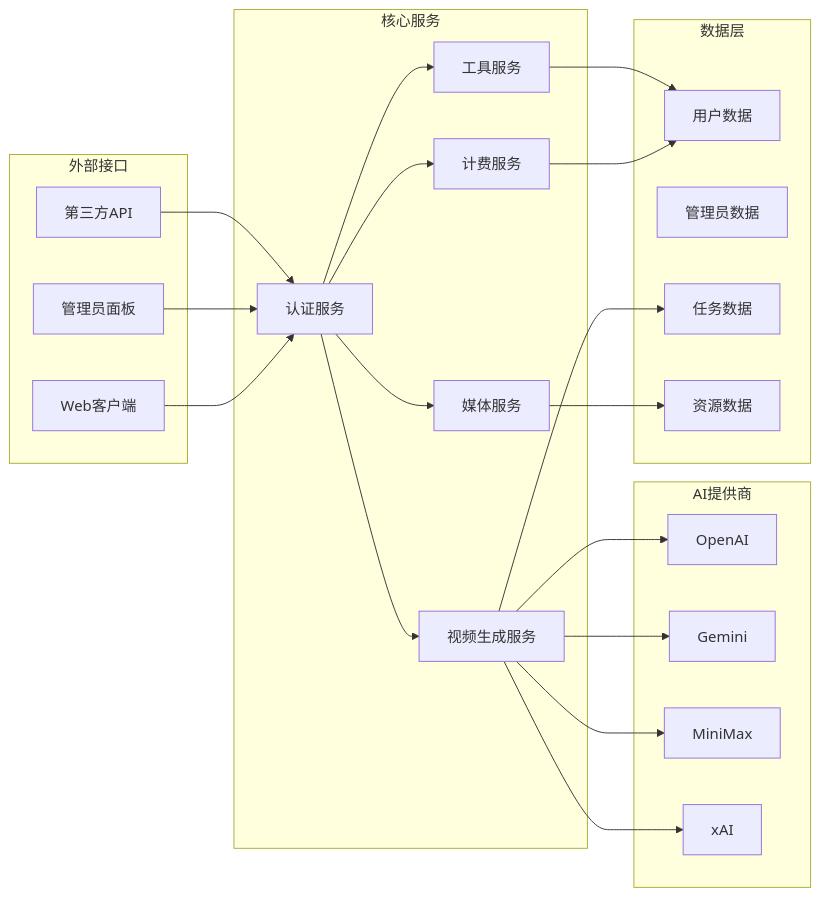
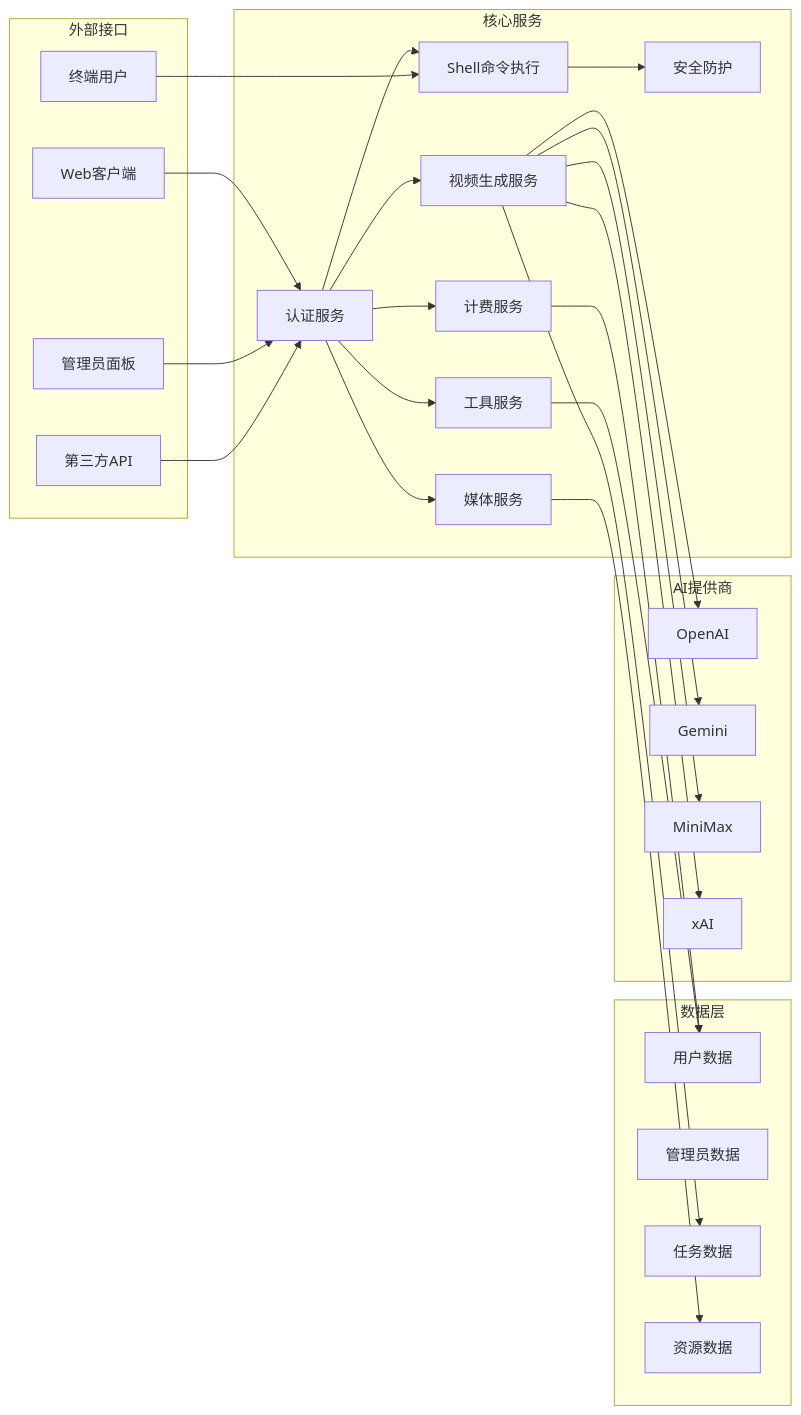
The fourth of 11 diagrams in .qoder/repowiki/zh/content/后端开发指南/基础工具服务.md (KunLabAI/KunFlix), drawn with Mermaid before and after one commit. The commit also changed other lines of this file and 43 other files, not shown here.

````diff
--- a/.qoder/repowiki/zh/content/后端开发指南/基础工具服务.md
+++ b/.qoder/repowiki/zh/content/后端开发指南/基础工具服务.md
@@ -169,42 +180,48 @@
 ```mermaid
 graph LR
 subgraph "外部接口"
 Web[Web客户端]
 Admin[管理员面板]
 API[第三方API]
+EndUser[终端用户]
 end
 subgraph "核心服务"
 Auth[认证服务]
 Billing[计费服务]
 Media[媒体服务]
 VideoGen[视频生成服务]
 Tools[工具服务]
+Shell[Shell命令执行]
+Security[安全防护]
 end
 subgraph "数据层"
 Users[用户数据]
 Admins[管理员数据]
 Tasks[任务数据]
 Assets[资源数据]
 end
 subgraph "AI提供商"
 OpenAI[OpenAI]
 Gemini[Gemini]
 MiniMax[MiniMax]
 XAI[xAI]
 end
 Web --> Auth
 Admin --> Auth
 API --> Auth
 Auth --> Billing
 Auth --> Media
 Auth --> VideoGen
 Auth --> Tools
+Auth --> Shell
 Billing --> Users
 Media --> Assets
 VideoGen --> Tasks
 Tools --> Users
+Shell --> Security
 VideoGen --> OpenAI
 VideoGen --> Gemini
 VideoGen --> MiniMax
 VideoGen --> XAI
+EndUser --> Shell
 ```
````
